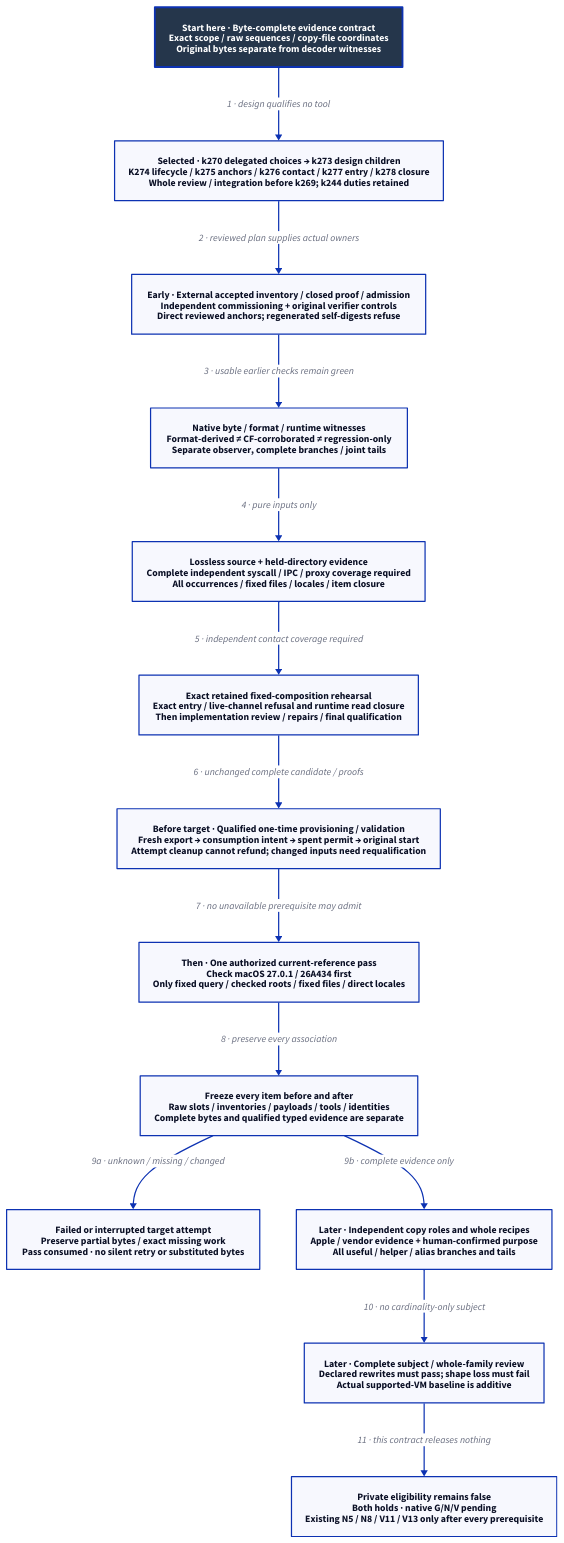
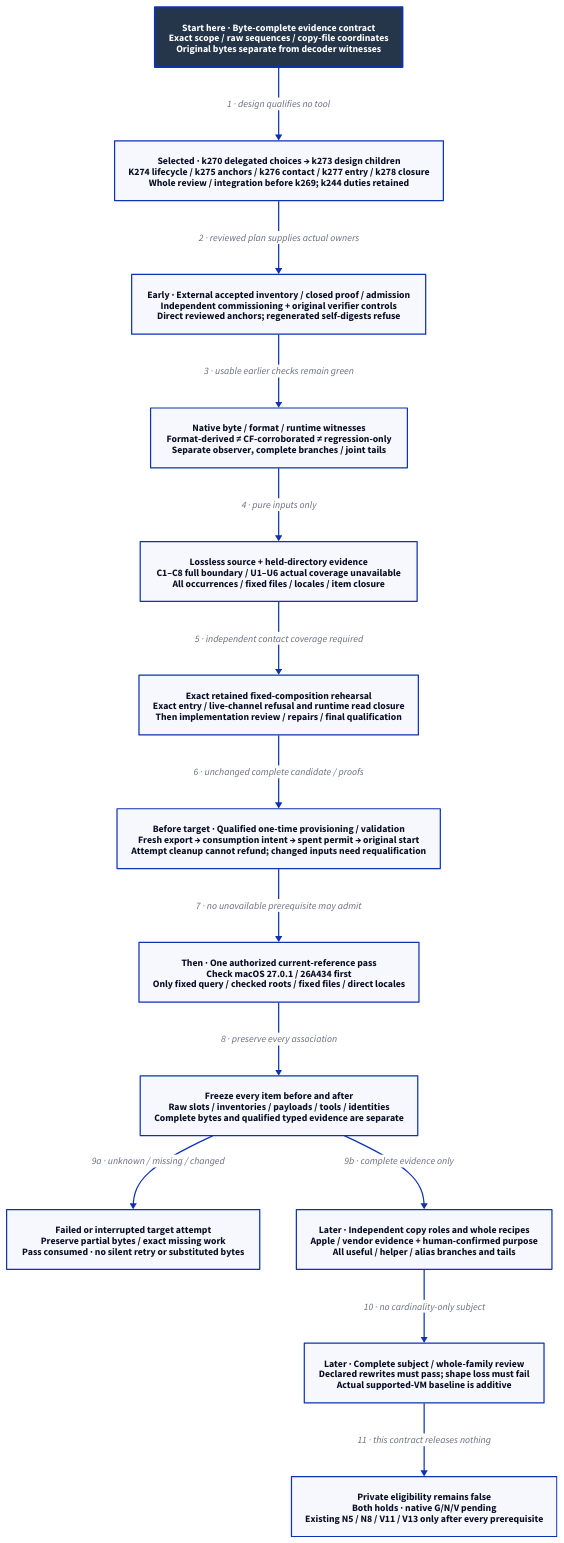
One commit to Linkuistics/Koine changed the diagram in docs/design/architecture/native-reference-evidence.d2. Above: the diagram before and after it, drawn with D2. The commit also changed 28 other files, not shown here.

Commit message:
Design full reference contact boundary (reference-evidence-full-contact-boundary-k276)

```diff
--- a/docs/design/architecture/native-reference-evidence.d2
+++ b/docs/design/architecture/native-reference-evidence.d2
@@ -1,30 +1,30 @@
 # Admission repair design; mandatory review and replanning precede unbuilt qualification.
 direction: down
 classes: {
   start: {style: {fill: "#25364B"; font-color: "#FFFFFF"; bold: true; stroke-width: 3}}
 }
 Start: "Start here · Byte-complete evidence contract\nExact scope / raw sequences / copy-file coordinates\nOriginal bytes separate from decoder witnesses" {class: start}
 Plan: "Selected · k270 delegated choices → k273 design children\nK274 lifecycle / k275 anchors / k276 contact / k277 entry / k278 closure\nWhole review / integration before k269; k244 duties retained"
 Replay: "Early · External accepted inventory / closed proof / admission\nIndependent commissioning + original verifier controls\nDirect reviewed anchors; regenerated self-digests refuse"
 Decode: "Native byte / format / runtime witnesses\nFormat-derived ≠ CF-corroborated ≠ regression-only\nSeparate observer, complete branches / joint tails"
-Source: "Lossless source + held-directory evidence\nComplete independent syscall / IPC / proxy coverage required\nAll occurrences / fixed files / locales / item closure"
+Source: "Lossless source + held-directory evidence\nC1–C8 full boundary / U1–U6 actual coverage unavailable\nAll occurrences / fixed files / locales / item closure"
 Pure: "Exact retained fixed-composition rehearsal\nExact entry / live-channel refusal and runtime read closure\nThen implementation review / repairs / final qualification"
 Authority: "Before target · Qualified one-time provisioning / validation\nFresh export → consumption intent → spent permit → original start\nAttempt cleanup cannot refund; changed inputs need requalification"
 Pass: "Then · One authorized current-reference pass\nCheck macOS 27.0.1 / 26A434 first\nOnly fixed query / checked roots / fixed files / direct locales"
 Closure: "Freeze every item before and after\nRaw slots / inventories / payloads / tools / identities\nComplete bytes and qualified typed evidence are separate"
 Failed: "Failed or interrupted target attempt\nPreserve partial bytes / exact missing work\nPass consumed · no silent retry or substituted bytes"
 Roles: "Later · Independent copy roles and whole recipes\nApple / vendor evidence + human-confirmed purpose\nAll useful / helper / alias branches and tails"
 Review: "Later · Complete subject / whole-family review\nDeclared rewrites must pass; shape loss must fail\nActual supported-VM baseline is additive"
 Hold: "Private eligibility remains false\nBoth holds · native G/N/V pending\nExisting N5 / N8 / V11 / V13 only after every prerequisite"
 Start -> Plan: "1 · design qualifies no tool"
 Plan -> Replay: "2 · reviewed plan supplies actual owners"
 Replay -> Decode: "3 · usable earlier checks remain green"
 Decode -> Source: "4 · pure inputs only"
 Source -> Pure: "5 · independent contact coverage required"
 Pure -> Authority: "6 · unchanged complete candidate / proofs"
 Authority -> Pass: "7 · no unavailable prerequisite may admit"
 Pass -> Closure: "8 · preserve every association"
 Closure -> Failed: "9a · unknown / missing / changed"
 Closure -> Roles: "9b · complete evidence only"
 Roles -> Review: "10 · no cardinality-only subject"
 Review -> Hold: "11 · this contract releases nothing"
```
